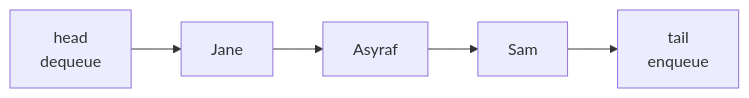
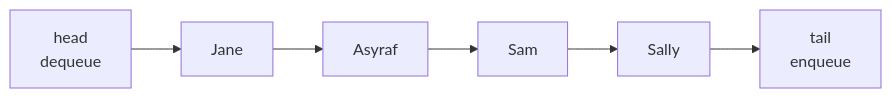
One commit to saumilthecode/h2-curly-pancakes changed the diagram in notes/Queue.md. Above: the diagram before and after it, drawn with Mermaid. The commit also changed other lines of this file and 1 other file, not shown here.

````diff
--- a/notes/Queue.md
+++ b/notes/Queue.md
@@ -20,4 +14,4 @@
 ```mermaid
 flowchart LR
-  Head["head<br/>dequeue"] --> Q1["Jane"] --> Q2["Asyraf"] --> Q3["Sam"] --> Tail["tail<br/>enqueue"]
+  Head["head<br/>dequeue"] --> A["Jane"] --> B["Asyraf"] --> C["Sam"] --> D["Sally"] --> Tail["tail<br/>enqueue"]
 ```
````
